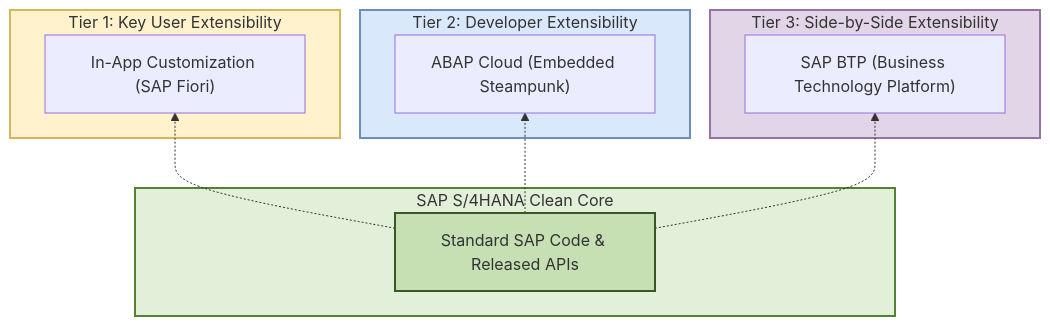
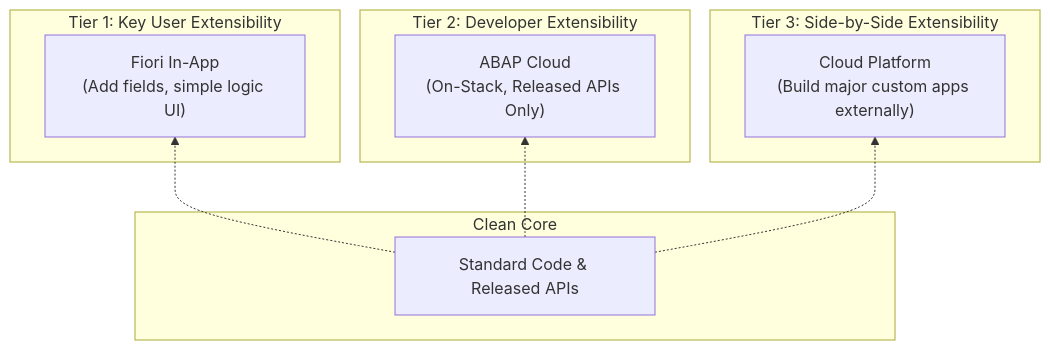
One commit to islamnassar13/S4HANA-FICO-End2End-Implementation-Hub changed the seventh of 7 diagrams in s4hana-evolution-and-architecture.md. Above: the diagram before and after it, drawn with Mermaid. The commit also changed other lines of this file and 1 other file, not shown here.

First line of the commit message:
docs: completely rewrite S/4HANA markdown file following GitHub RTL rules

````diff
--- a/s4hana-evolution-and-architecture.md
+++ b/s4hana-evolution-and-architecture.md
@@ -242,28 +305,22 @@
 ```mermaid
 graph BT
-    subgraph L3["Tier 3: Side-by-Side Extensibility"]
-        BTP["SAP BTP (Business Technology Platform)"]
+    subgraph T3 ["Tier 3: Side-by-Side Extensibility"]
+        BTP["Cloud Platform<br>(Build major custom apps externally)"]
     end
 
-    subgraph L2["Tier 2: Developer Extensibility"]
-        ABAP["ABAP Cloud (Embedded Steampunk)"]
+    subgraph T2 ["Tier 2: Developer Extensibility"]
+        ABAP["ABAP Cloud<br>(On-Stack, Released APIs Only)"]
     end
 
-    subgraph L1["Tier 1: Key User Extensibility"]
-        Fiori["In-App Customization (SAP Fiori)"]
+    subgraph T1 ["Tier 1: Key User Extensibility"]
+        Fiori["Fiori In-App<br>(Add fields, simple logic UI)"]
     end
 
-    subgraph Core["SAP S/4HANA Clean Core"]
-        Standard["Standard SAP Code & Released APIs"]
+    subgraph Core ["Clean Core"]
+        Standard["Standard Code & Released APIs"]
     end
 
     Standard -.-> Fiori
     Standard -.-> ABAP
     Standard -.-> BTP
-
-    style Core fill:#e2f0d9,stroke:#548235,stroke-width:2px
-    style Standard fill:#c6e0b4,stroke:#385723,stroke-width:2px
-    style L1 fill:#fff2cc,stroke:#d6b656,stroke-width:2px
-    style L2 fill:#dae8fc,stroke:#6c8ebf,stroke-width:2px
-    style L3 fill:#e1d5e7,stroke:#9673a6,stroke-width:2px
 ```
````
